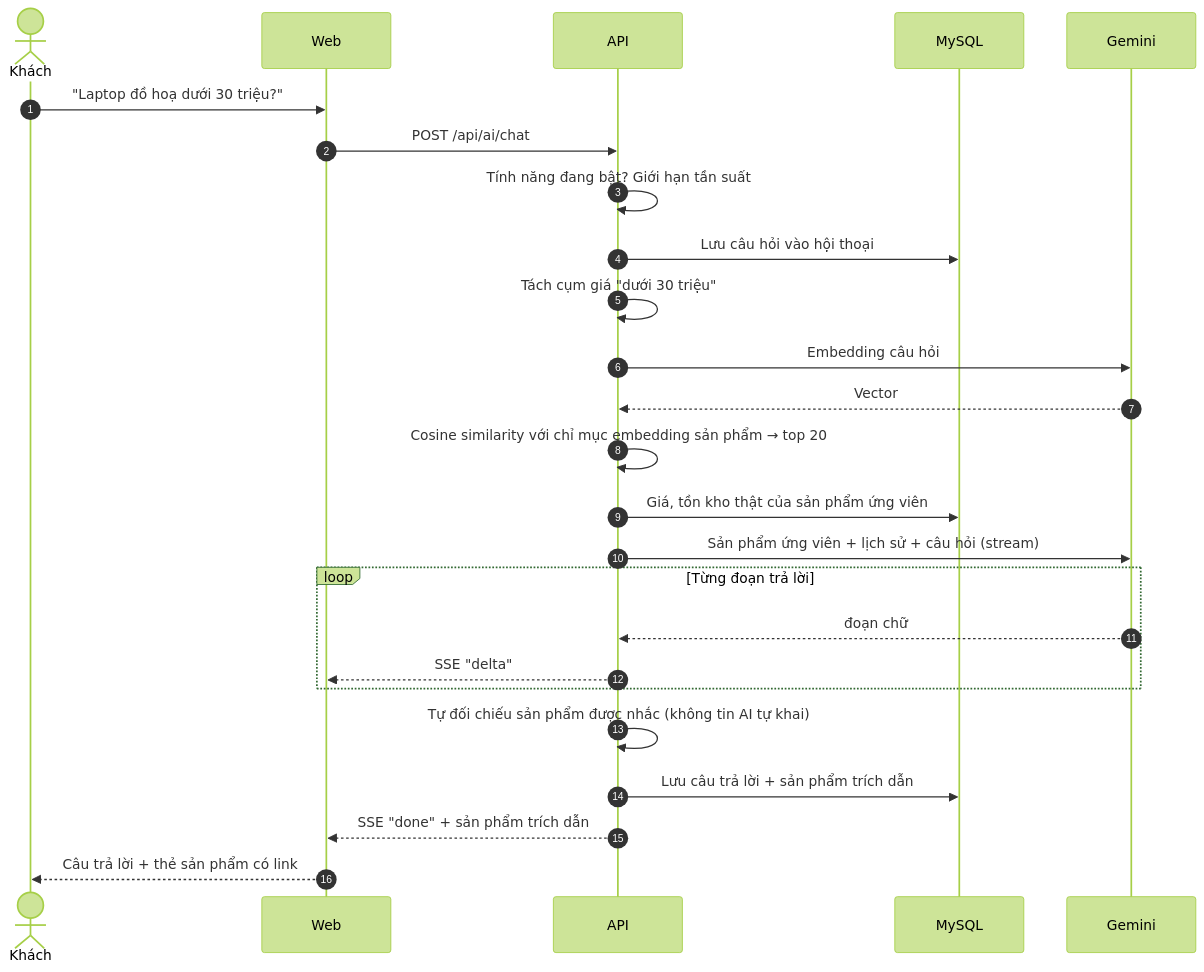
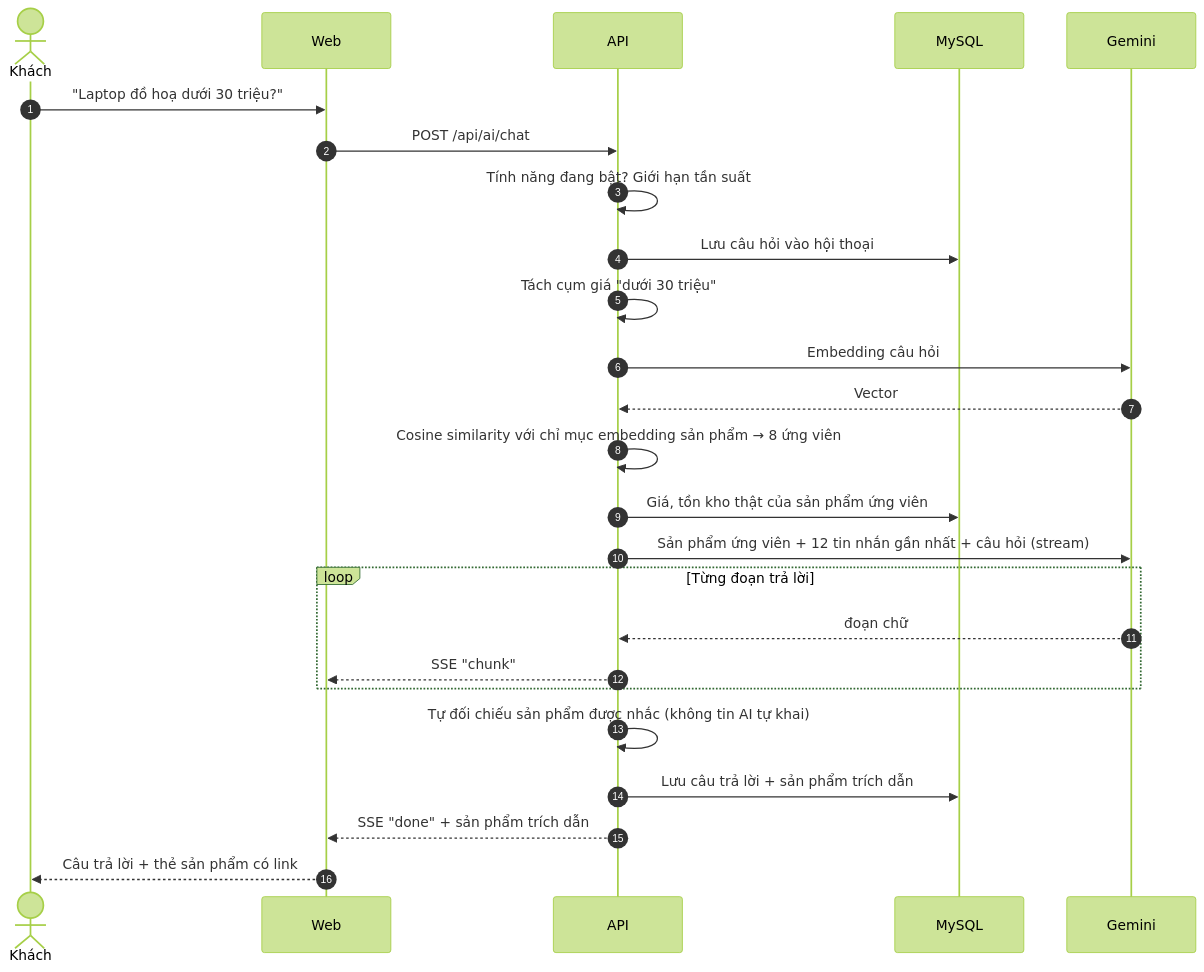
Before and after one commit to khanhdat1/Do_An: the diagram in docs/bao-ve/so-do/tuan-tu-tro-ly-ai.mmd, drawn with Mermaid (forest theme). The commit also changed 11 other files, not shown here.

```diff
--- a/docs/bao-ve/so-do/tuan-tu-tro-ly-ai.mmd
+++ b/docs/bao-ve/so-do/tuan-tu-tro-ly-ai.mmd
@@ -1,25 +1,25 @@
 sequenceDiagram
   autonumber
   actor KH as Khách
   participant W as Web
   participant A as API
   participant DB as MySQL
   participant G as Gemini
   KH->>W: "Laptop đồ hoạ dưới 30 triệu?"
   W->>A: POST /api/ai/chat
   A->>A: Tính năng đang bật? Giới hạn tần suất
   A->>DB: Lưu câu hỏi vào hội thoại
   A->>A: Tách cụm giá "dưới 30 triệu"
   A->>G: Embedding câu hỏi
   G-->>A: Vector
-  A->>A: Cosine similarity với chỉ mục embedding sản phẩm → top 20
+  A->>A: Cosine similarity với chỉ mục embedding sản phẩm → 8 ứng viên
   A->>DB: Giá, tồn kho thật của sản phẩm ứng viên
-  A->>G: Sản phẩm ứng viên + lịch sử + câu hỏi (stream)
+  A->>G: Sản phẩm ứng viên + 12 tin nhắn gần nhất + câu hỏi (stream)
   loop Từng đoạn trả lời
     G-->>A: đoạn chữ
-    A-->>W: SSE "delta"
+    A-->>W: SSE "chunk"
   end
   A->>A: Tự đối chiếu sản phẩm được nhắc (không tin AI tự khai)
   A->>DB: Lưu câu trả lời + sản phẩm trích dẫn
   A-->>W: SSE "done" + sản phẩm trích dẫn
   W-->>KH: Câu trả lời + thẻ sản phẩm có link
```
